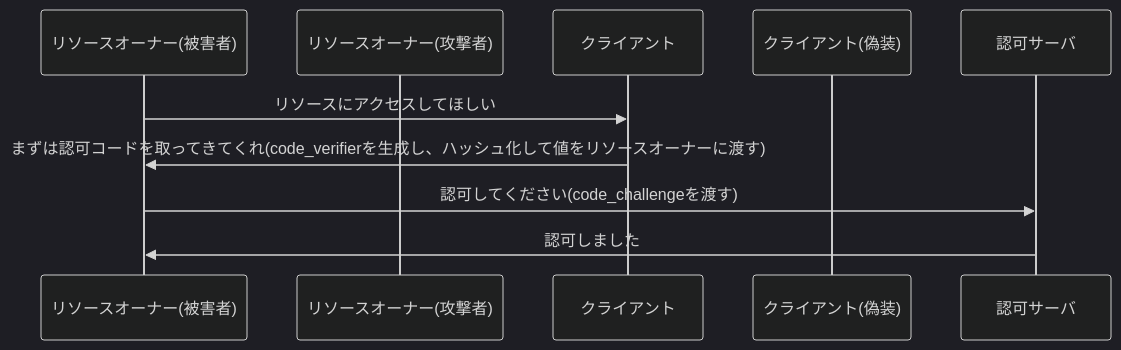
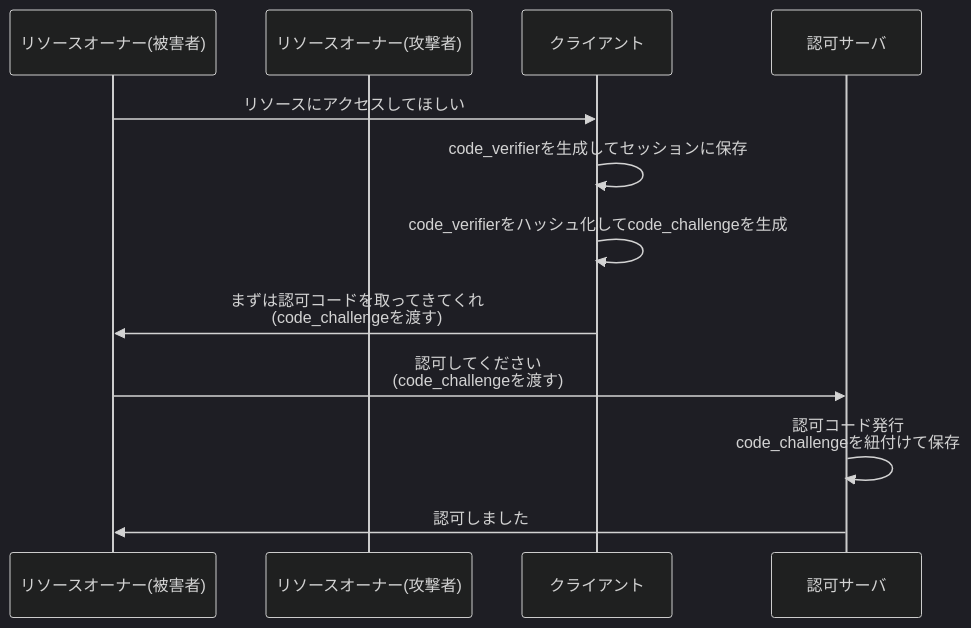
One commit to calloc134/zenn-dir changed the ninth of 20 diagrams in articles/5e8da6c491e720.md. Above: the diagram before and after it, drawn with Mermaid (dark theme). The commit also changed other lines of this file, not shown here.

````diff
--- a/articles/5e8da6c491e720.md
+++ b/articles/5e8da6c491e720.md
@@ -1021,14 +1022,19 @@
 ```mermaid
 sequenceDiagram
     participant リソースオーナー(被害者)
     participant リソースオーナー(攻撃者)
     participant クライアント
-    participant クライアント(偽装)
     participant 認可サーバ
 
     リソースオーナー(被害者)->>クライアント: リソースにアクセスしてほしい
-    クライアント->>リソースオーナー(被害者): まずは認可コードを取ってきてくれ(code_verifierを生成し、ハッシュ化して値をリソースオーナーに渡す)
-    リソースオーナー(被害者)->>認可サーバ: 認可してください(code_challengeを渡す)
+    クライアント->>クライアント: code_verifierを生成してセッションに保存
+    クライアント->>クライアント: code_verifierをハッシュ化してcode_challengeを生成
+    クライアント->>リソースオーナー(被害者): まずは認可コードを取ってきてくれ<br>(code_challengeを渡す)
+
+    リソースオーナー(被害者)->>認可サーバ: 認可してください<br>(code_challengeを渡す)
+    認可サーバ->>認可サーバ: 認可コード発行<br>code_challengeを紐付けて保存
     認可サーバ->>リソースオーナー(被害者): 認可しました
 
+
+
 ```
````
